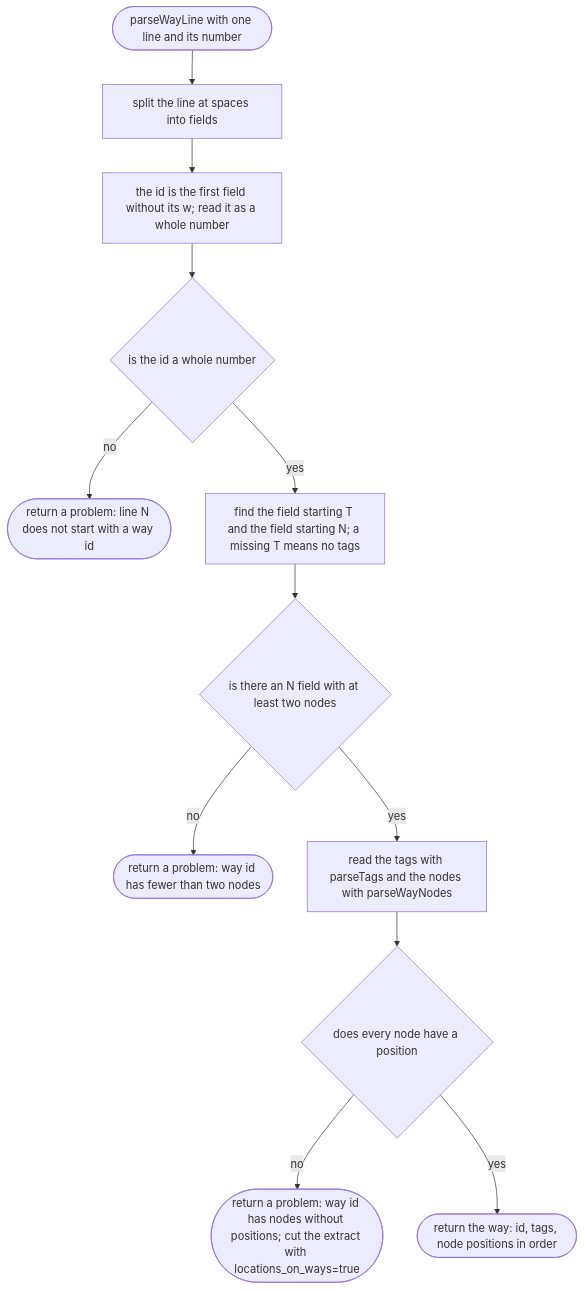
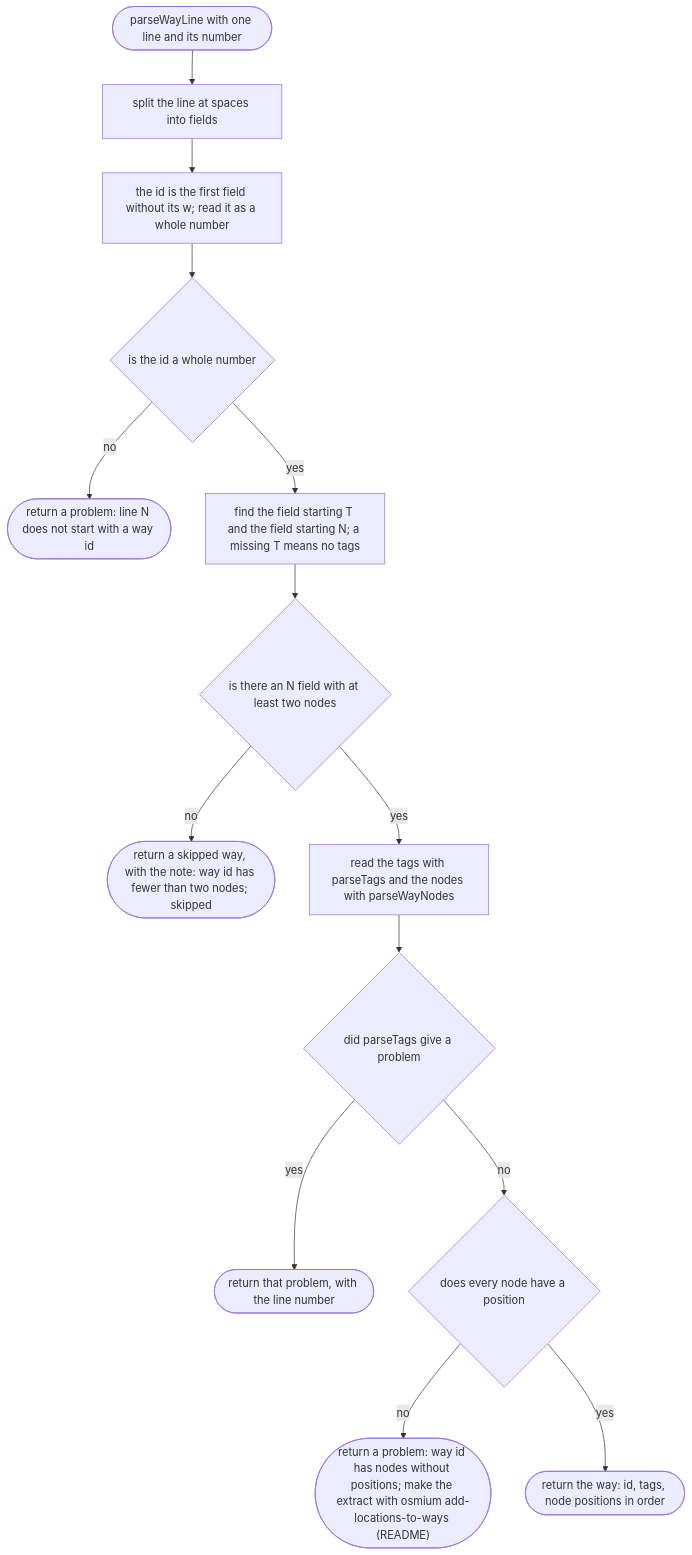
Before and after one commit to NewDara-Star/world-engine: the second of 5 diagrams in docs/designs/tools/bake/opl.md, drawn with Mermaid. The commit also changed other lines of this file and 41 other files, not shown here.

````diff
--- a/docs/designs/tools/bake/opl.md
+++ b/docs/designs/tools/bake/opl.md
@@ -46,22 +49,26 @@
 ```mermaid
 flowchart TD
   s(["parseWayLine with one line and its number"])
   a["split the line at spaces into fields"]
   b["the id is the first field without its w; read it as a whole number"]
   c{"is the id a whole number"}
   d(["return a problem: line N does not start with a way id"])
   e["find the field starting T and the field starting N; a missing T means no tags"]
   f{"is there an N field with at least two nodes"}
-  g(["return a problem: way id has fewer than two nodes"])
+  g(["return a skipped way, with the note: way id has fewer than two nodes; skipped"])
   h["read the tags with parseTags and the nodes with parseWayNodes"]
+  t{"did parseTags give a problem"}
+  u(["return that problem, with the line number"])
   i{"does every node have a position"}
-  j(["return a problem: way id has nodes without positions; cut the extract with locations_on_ways=true"])
+  j(["return a problem: way id has nodes without positions; make the extract with osmium add-locations-to-ways (README)"])
   k(["return the way: id, tags, node positions in order"])
   s --> a --> b --> c
   c -->|"no"| d
   c -->|"yes"| e --> f
   f -->|"no"| g
-  f -->|"yes"| h --> i
+  f -->|"yes"| h --> t
+  t -->|"yes"| u
+  t -->|"no"| i
   i -->|"no"| j
   i -->|"yes"| k
 ```
````
